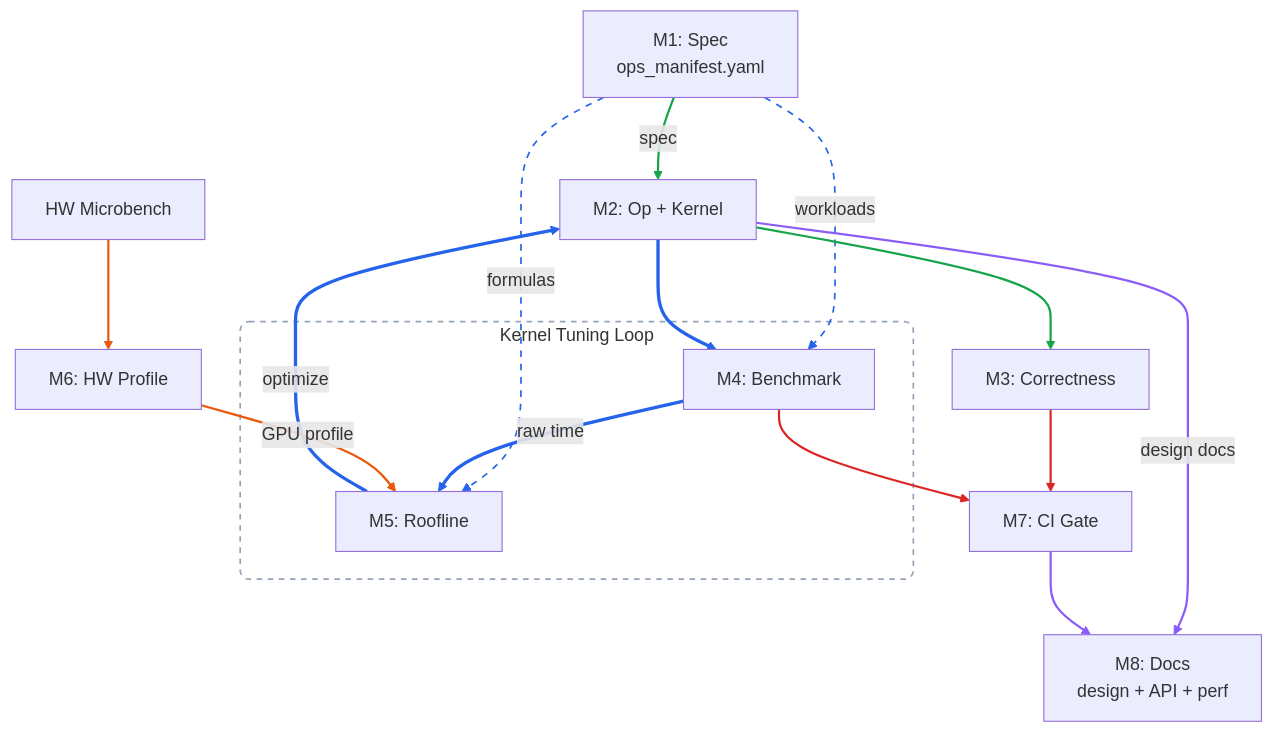
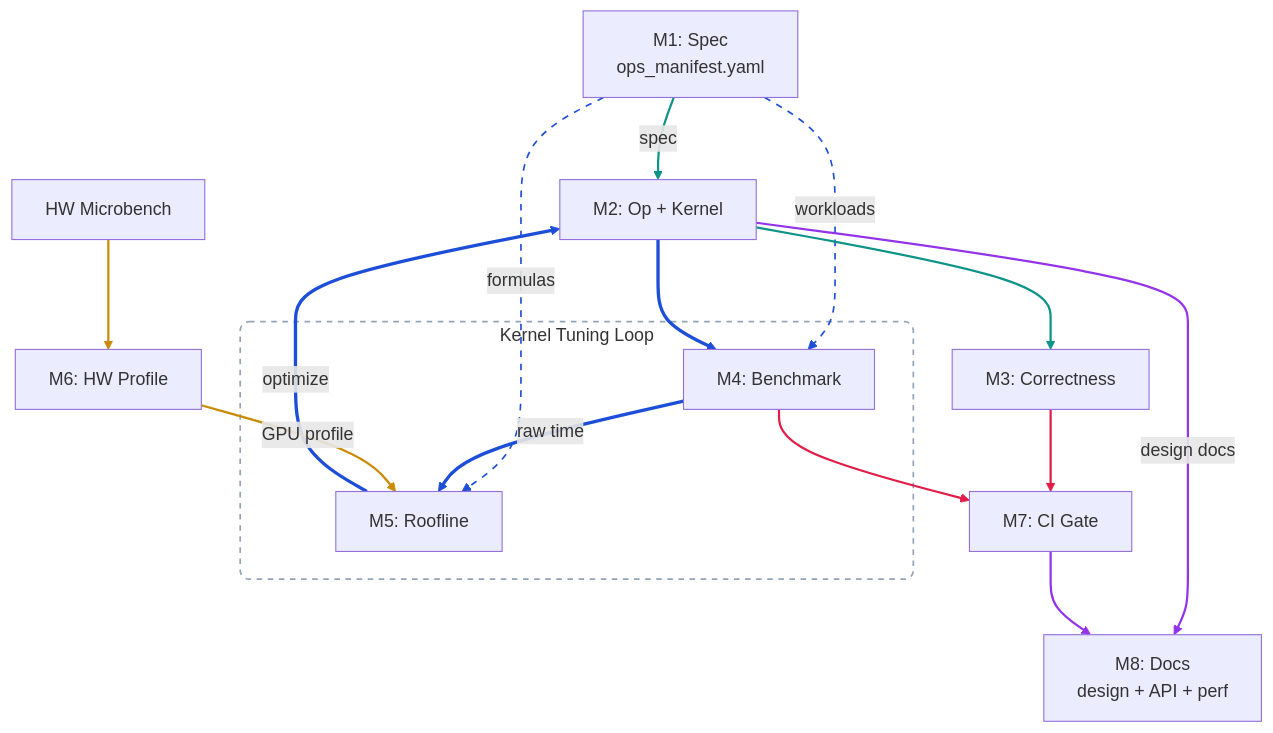
The diagram in docs/architecture.md (tile-ai/TileOPs), drawn with Mermaid before and after one commit. The commit also changed other lines of this file, not shown here.

Commit message:
[Doc] Try teal/navy/gold/rose/purple edge palette
Teal (op delivery), navy (tuning), gold (HW cal), rose (CI guard),
purple (publish). Warmer calibration, cooler dev flows.

````diff
--- a/docs/architecture.md
+++ b/docs/architecture.md
@@ -13,43 +13,43 @@
 ```mermaid
 graph TD
     M1["M1: Spec<br/>ops_manifest.yaml"]
     M2["M2: Op + Kernel"]
     M3["M3: Correctness"]
     M6["M6: HW Profile"]
     HW["HW Microbench"]
     M7["M7: CI Gate"]
     M8["M8: Docs<br/>design + API + perf"]
 
     subgraph loop ["Kernel Tuning Loop"]
         M4["M4: Benchmark"]
         M5["M5: Roofline"]
     end
 
     M1 -- "spec" --> M2
     M1 -- "workloads" --> M4
     M1 -- "formulas" --> M5
     M2 --> M3
 
     M2 --> M4
     M4 -- "raw time" --> M5
     M5 -- "optimize" --> M2
 
     HW --> M6
     M6 -- "GPU profile" --> M5
 
     M3 --> M7
     M4 --> M7
 
     M2 -- "design docs" --> M8
     M7 --> M8
 
     style loop fill:none,stroke:#94a3b8,stroke-width:1.5px,stroke-dasharray:5,rx:8,ry:8
 
-    linkStyle 0 stroke:#16a34a,stroke-width:2px
-    linkStyle 1,2 stroke:#2563eb,stroke-width:1.5px,stroke-dasharray:6
-    linkStyle 3 stroke:#16a34a,stroke-width:2px
-    linkStyle 4,5,6 stroke:#2563eb,stroke-width:3px
-    linkStyle 7,8 stroke:#ea580c,stroke-width:2px
-    linkStyle 9,10 stroke:#dc2626,stroke-width:2px
-    linkStyle 11,12 stroke:#8b5cf6,stroke-width:2px
+    linkStyle 0 stroke:#0d9488,stroke-width:2px
+    linkStyle 1,2 stroke:#1d4ed8,stroke-width:1.5px,stroke-dasharray:6
+    linkStyle 3 stroke:#0d9488,stroke-width:2px
+    linkStyle 4,5,6 stroke:#1d4ed8,stroke-width:3px
+    linkStyle 7,8 stroke:#ca8a04,stroke-width:2px
+    linkStyle 9,10 stroke:#e11d48,stroke-width:2px
+    linkStyle 11,12 stroke:#9333ea,stroke-width:2px
 ```
````
